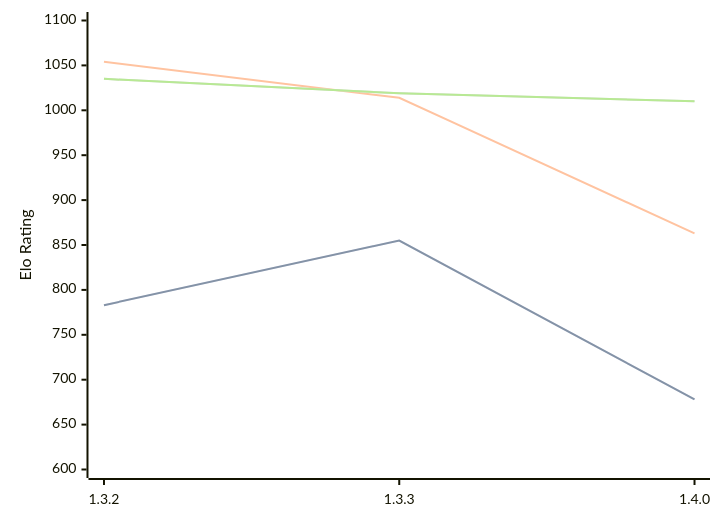
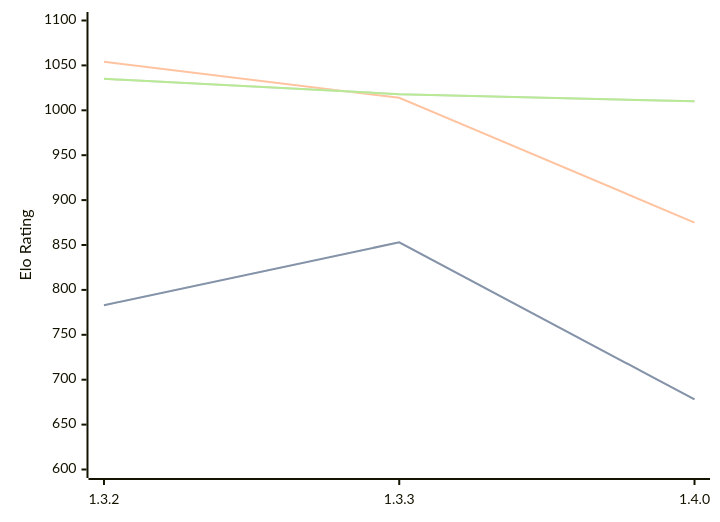
Before and after one commit to computer-chess-index/cci: the diagram in engines/Whitespine.md, drawn with Mermaid. The commit also changed other lines of this file, not shown here.

Commit message:
Update CCI Ratings (ELO VLTC) - 2026-08-02

````diff
--- a/engines/Whitespine.md
+++ b/engines/Whitespine.md
@@ -36,11 +36,11 @@
 ```mermaid
 %%{init: {"theme":"base","themeVariables":{"seriesColors:['#a3a3a3','#222221','#faa371']}}}%%
 xychart-beta
   x-axis ["1.3.2", "1.3.3", "1.4.0"]
   y-axis "Elo Rating" 600 --> 1100
-  line "STC (8.0+0.08s)" [783, 855, 678]
-  line "STC (8.0+0.08s)" [783, 855, 678]
-  line "LTC (60.0+0.60s)" [1054, 1014, 863]
-  line "VLTC (2m24s+1.12s)" [1035, 1019, 1010]
-  line "VLTC (2m24s+1.12s)" [1035, 1019, 1010]
+  line "STC (8.0+0.08s)" [783, 853, 678]
+  line "STC (8.0+0.08s)" [783, 853, 678]
+  line "LTC (60.0+0.60s)" [1054, 1014, 875]
+  line "VLTC (2m24s+1.12s)" [1035, 1018, 1010]
+  line "VLTC (2m24s+1.12s)" [1035, 1018, 1010]
 ```
````
